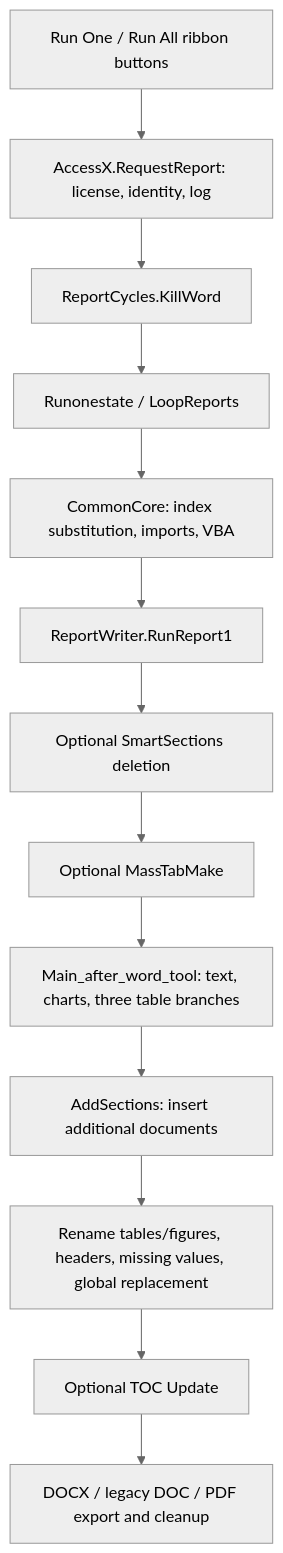
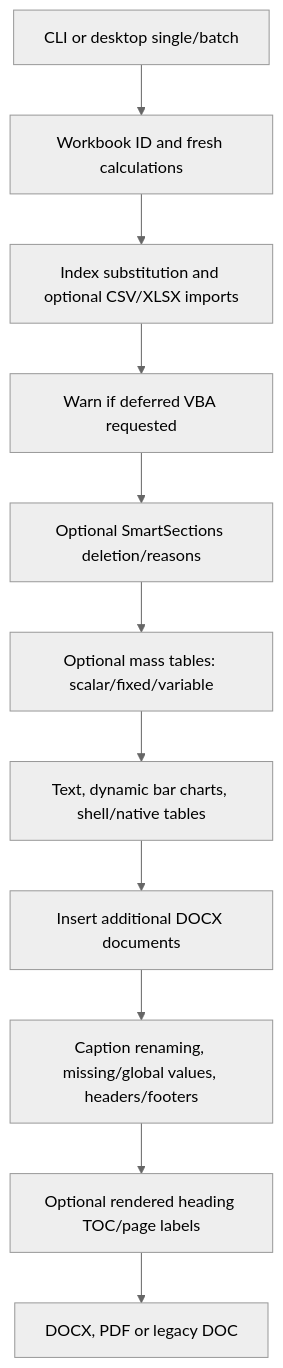
The diagram in docs/CONVERSION_AUDIT.md (brianesimonson/TRW), drawn with Mermaid (neutral theme) before and after one commit. The commit also changed other lines of this file and 65 other files, not shown here.

Commit message:
Implement workbook-driven report pipeline and automatic heading TOC

````diff
--- a/docs/CONVERSION_AUDIT.md
+++ b/docs/CONVERSION_AUDIT.md
@@ -106,15 +76,13 @@
 ```mermaid
 flowchart TD
-    Ribbon[Run One / Run All ribbon buttons] --> Gate[AccessX.RequestReport: license, identity, log]
-    Gate --> WordCheck[ReportCycles.KillWord]
-    WordCheck --> Cycle[Runonestate / LoopReports]
-    Cycle --> Prepare[CommonCore: index substitution, imports, VBA]
-    Prepare --> Generate[ReportWriter.RunReport1]
-    Generate --> Cut[Optional SmartSections deletion]
-    Cut --> Mass[Optional MassTabMake]
-    Mass --> Populate[Main_after_word_tool: text, charts, three table branches]
-    Populate --> Merge[AddSections: insert additional documents]
-    Merge --> Finish[Rename tables/figures, headers, missing values, global replacement]
-    Finish --> Fields[Optional TOC Update]
-    Fields --> Export[DOCX / legacy DOC / PDF export and cleanup]
+    Entry[CLI or desktop single/batch] --> Prep[Workbook ID and fresh calculations]
+    Prep --> Core[Index substitution and optional CSV/XLSX imports]
+    Core --> VBA[Warn if deferred VBA requested]
+    VBA --> Cut[Optional SmartSections deletion/reasons]
+    Cut --> Mass[Optional mass tables: scalar/fixed/variable]
+    Mass --> Populate[Text, dynamic bar charts, shell/native tables]
+    Populate --> Add[Insert additional DOCX documents]
+    Add --> Finish[Caption renaming, missing/global values, headers/footers]
+    Finish --> TOC[Optional rendered heading TOC/page labels]
+    TOC --> Export[DOCX, PDF or legacy DOC]
 ```
````
